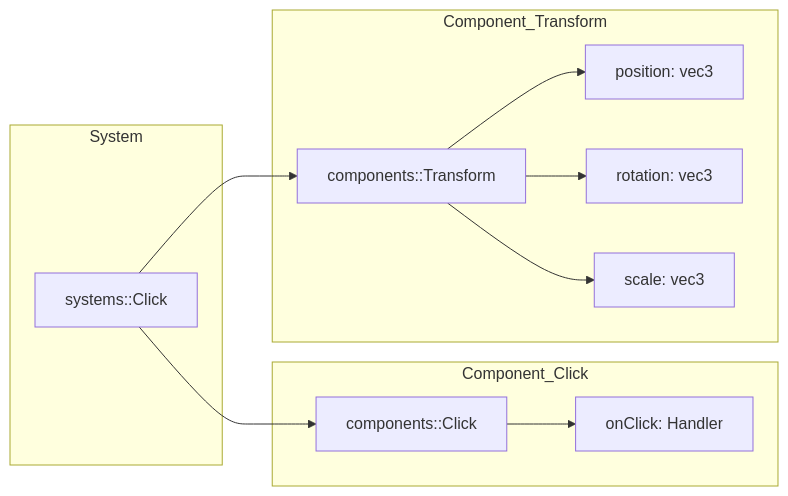
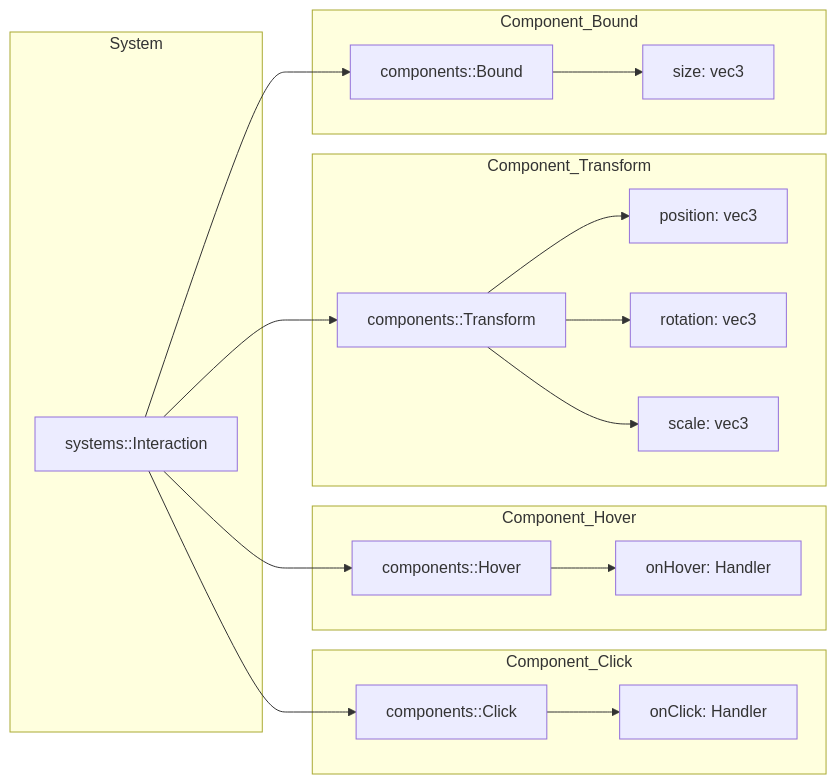
One commit to etib-corp/guillaume changed the first of 5 diagrams in docs/ECS.md. Above: the diagram before and after it, drawn with Mermaid. The commit also changed other lines of this file and 473 other files, not shown here.

````diff
--- a/docs/ECS.md
+++ b/docs/ECS.md
@@ -52,25 +52,39 @@
 ```mermaid
 flowchart LR
   subgraph System
-    SysClick["systems::Click"]
+    SysInteraction["systems::Interaction"]
   end
 
   subgraph Component_Click
     CompClick["components::Click"]
     CompClickAttr1["onClick: Handler"]
     CompClick --> CompClickAttr1
+  end
+
+  subgraph Component_Hover
+    CompHover["components::Hover"]
+    CompHoverAttr1["onHover: Handler"]
+    CompHover --> CompHoverAttr1
   end
 
   subgraph Component_Transform
     CompTransform["components::Transform"]
     CompTransformAttr1["position: vec3"]
     CompTransformAttr2["rotation: vec3"]
     CompTransformAttr3["scale: vec3"]
     CompTransform --> CompTransformAttr1
     CompTransform --> CompTransformAttr2
     CompTransform --> CompTransformAttr3
   end
 
-  SysClick --> CompClick
-  SysClick --> CompTransform
+  subgraph Component_Bound
+    CompBound["components::Bound"]
+    CompBoundAttr1["size: vec3"]
+    CompBound --> CompBoundAttr1
+  end
+
+  SysInteraction --> CompClick
+  SysInteraction --> CompHover
+  SysInteraction --> CompTransform
+  SysInteraction --> CompBound
 ```
````
